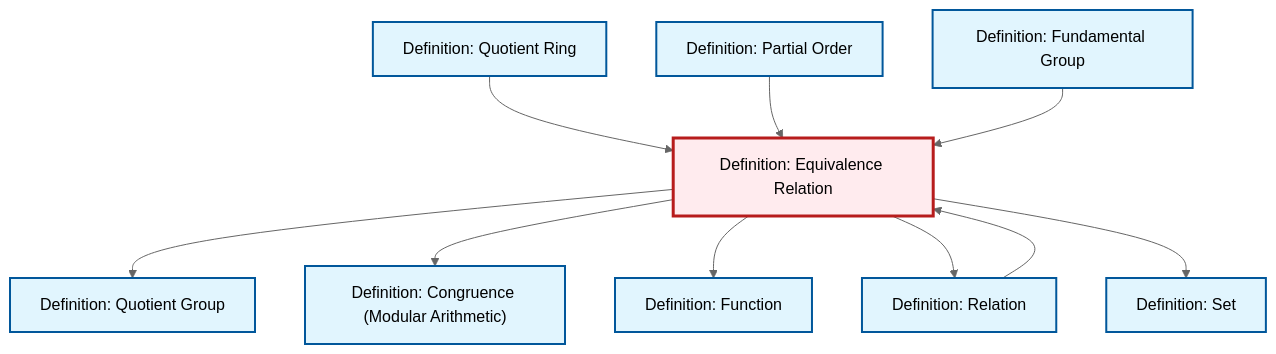
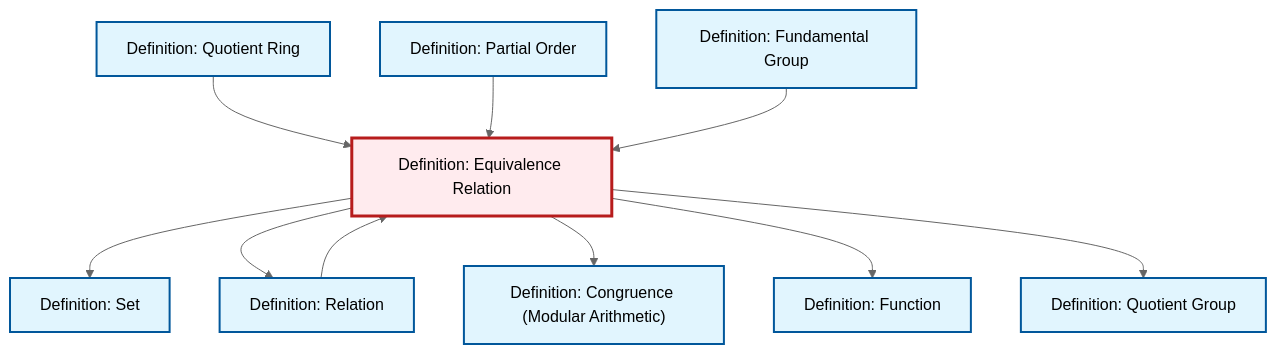
One commit to RK0429/ModernMath changed the diagram in content/en/logic-set-theory/def-equivalence-relation.qmd. Above: the diagram before and after it, drawn with Mermaid (neutral theme). The commit also changed other lines of this file and 1012 other files, not shown here.

````diff
--- a/content/en/logic-set-theory/def-equivalence-relation.qmd
+++ b/content/en/logic-set-theory/def-equivalence-relation.qmd
@@ -115,36 +115,36 @@
 ```{mermaid}
 %%| fig-cap: "Local dependency graph"
 graph TD
     classDef definition fill:#e1f5fe,stroke:#01579b,stroke-width:2px
     classDef theorem fill:#f3e5f5,stroke:#4a148c,stroke-width:2px
     classDef axiom fill:#fff3e0,stroke:#e65100,stroke-width:2px
     classDef example fill:#e8f5e9,stroke:#1b5e20,stroke-width:2px
     classDef current fill:#ffebee,stroke:#b71c1c,stroke-width:3px
     def-congruence["Definition: Congruence (Modular Arithmetic)"]:::definition
+    def-fundamental-group["Definition: Fundamental Group"]:::definition
+    def-partial-order["Definition: Partial Order"]:::definition
     def-set["Definition: Set"]:::definition
-    def-fundamental-group["Definition: Fundamental Group"]:::definition
-    def-relation["Definition: Relation"]:::definition
+    def-equivalence-relation["Definition: Equivalence Relation"]:::definition
     def-function["Definition: Function"]:::definition
     def-quotient-ring["Definition: Quotient Ring"]:::definition
     def-quotient-group["Definition: Quotient Group"]:::definition
-    def-partial-order["Definition: Partial Order"]:::definition
-    def-equivalence-relation["Definition: Equivalence Relation"]:::definition
+    def-relation["Definition: Relation"]:::definition
+    def-equivalence-relation --> def-set
+    def-equivalence-relation --> def-relation
+    def-equivalence-relation --> def-congruence
+    def-equivalence-relation --> def-function
+    def-quotient-ring --> def-equivalence-relation
+    def-partial-order --> def-equivalence-relation
+    def-fundamental-group --> def-equivalence-relation
+    def-relation --> def-equivalence-relation
     def-equivalence-relation --> def-quotient-group
-    def-equivalence-relation --> def-congruence
-    def-quotient-ring --> def-equivalence-relation
-    def-relation --> def-equivalence-relation
-    def-equivalence-relation --> def-function
-    def-partial-order --> def-equivalence-relation
-    def-equivalence-relation --> def-relation
-    def-equivalence-relation --> def-set
-    def-fundamental-group --> def-equivalence-relation
     class def-equivalence-relation current
     click def-congruence "def-congruence.html" "Go to Congruence (Modular Arithmetic) definition"
+    click def-fundamental-group "def-fundamental-group.html" "Go to Fundamental Group definition"
+    click def-partial-order "def-partial-order.html" "Go to Partial Order definition"
     click def-set "def-set.html" "Go to Set definition"
-    click def-fundamental-group "def-fundamental-group.html" "Go to Fundamental Group definition"
-    click def-relation "def-relation.html" "Go to Relation definition"
     click def-function "def-function.html" "Go to Function definition"
     click def-quotient-ring "def-quotient-ring.html" "Go to Quotient Ring definition"
     click def-quotient-group "def-quotient-group.html" "Go to Quotient Group definition"
-    click def-partial-order "def-partial-order.html" "Go to Partial Order definition"
+    click def-relation "def-relation.html" "Go to Relation definition"
 ```
````
